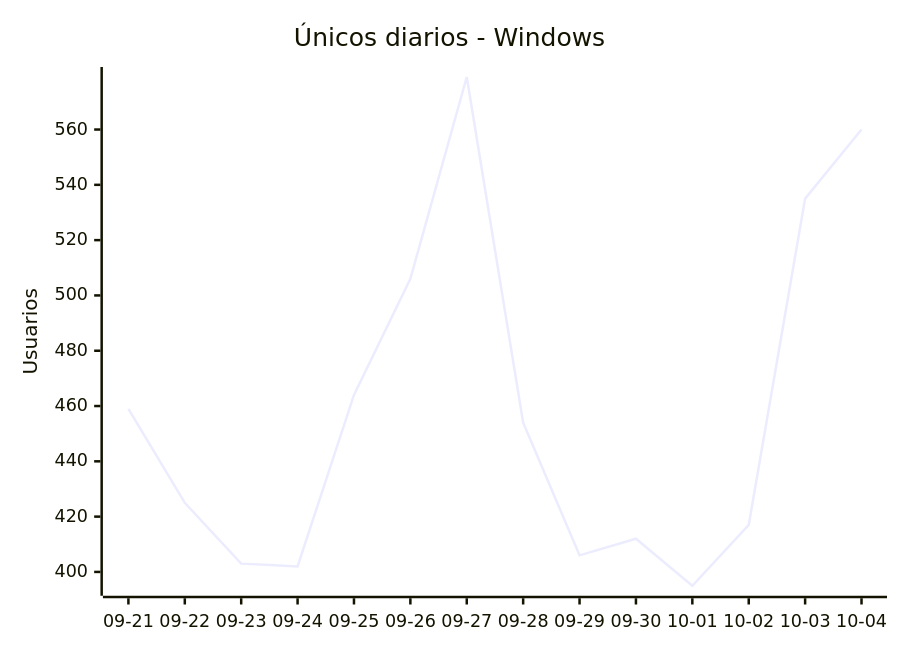
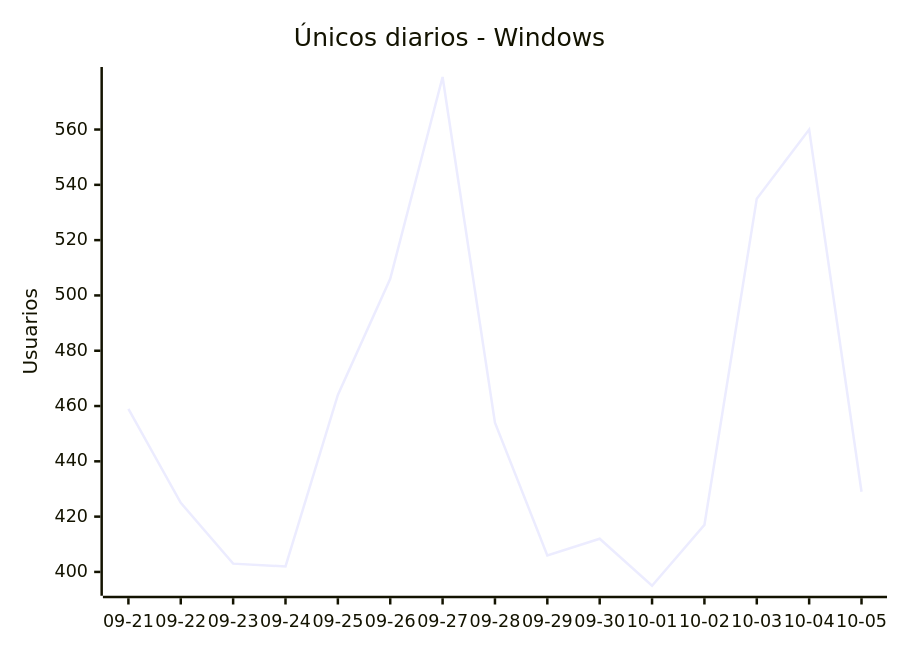
Before and after one commit to EmuDeck/stats: the second of 2 diagrams in README.md, drawn with Mermaid. The commit also changed other lines of this file and 3 other files, not shown here.

````diff
--- a/README.md
+++ b/README.md
@@ -20,7 +20,7 @@
 ```mermaid
 xychart-beta
     title "Únicos diarios - Windows"
-    x-axis ["09-21", "09-22", "09-23", "09-24", "09-25", "09-26", "09-27", "09-28", "09-29", "09-30", "10-01", "10-02", "10-03", "10-04"]
+    x-axis ["09-21", "09-22", "09-23", "09-24", "09-25", "09-26", "09-27", "09-28", "09-29", "09-30", "10-01", "10-02", "10-03", "10-04", "10-05"]
     y-axis "Usuarios"
-    line [459, 425, 403, 402, 464, 506, 579, 454, 406, 412, 395, 417, 535, 560]
+    line [459, 425, 403, 402, 464, 506, 579, 454, 406, 412, 395, 417, 535, 560, 429]
 ```
````
